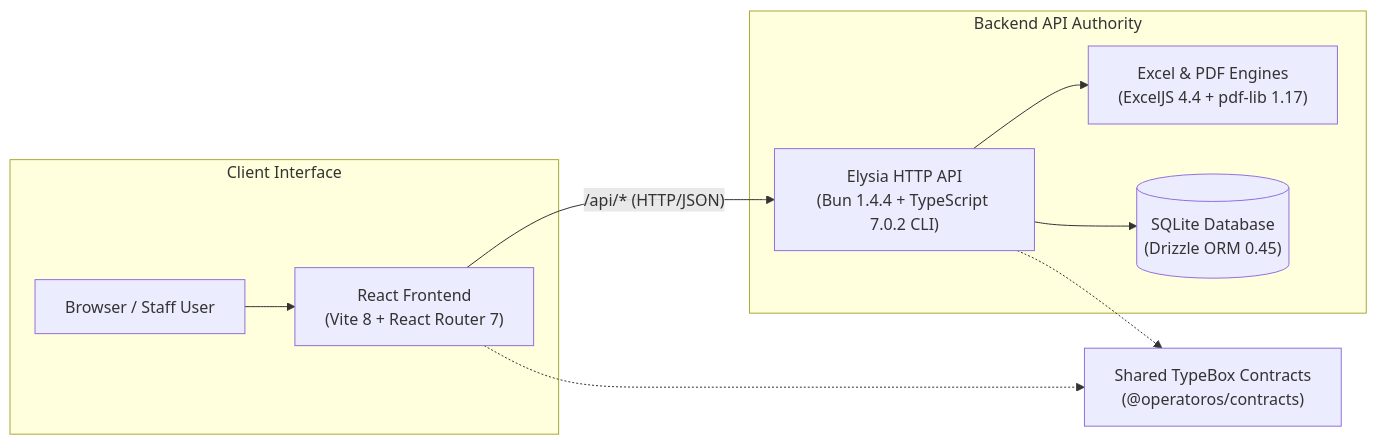
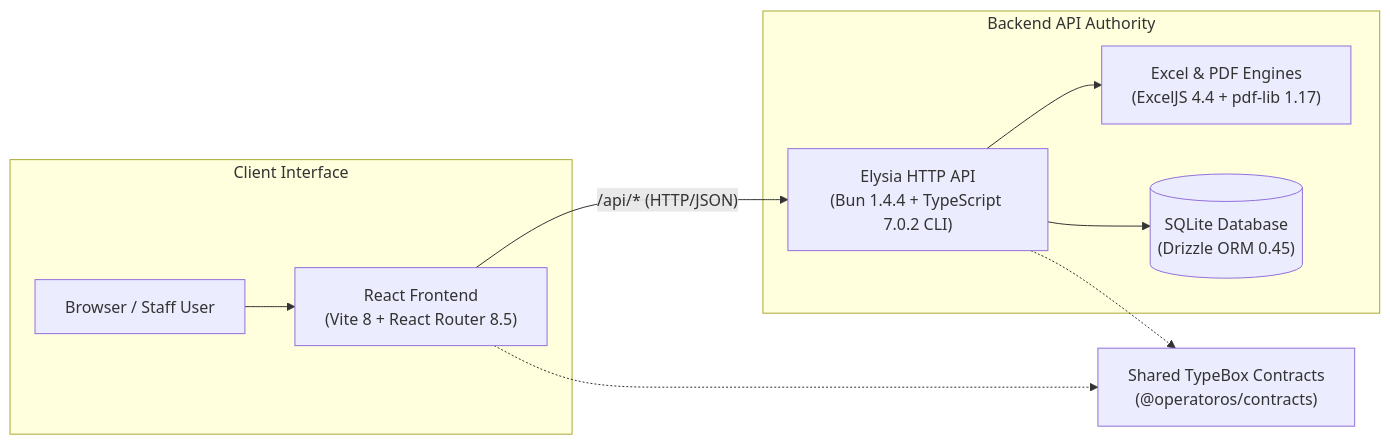
One commit to daoistmadness/operatoros changed the first of 3 diagrams in README.md. Above: the diagram before and after it, drawn with Mermaid. The commit also changed other lines of this file and 189 other files, not shown here.

````diff
--- a/README.md
+++ b/README.md
@@ -40,22 +40,22 @@
 ```mermaid
 flowchart LR
   subgraph Client ["Client Interface"]
     Browser["Browser / Staff User"]
-    FE["React Frontend<br/>(Vite 8 + React Router 7)"]
+    FE["React Frontend<br/>(Vite 8 + React Router 8.5)"]
   end
 
   subgraph Server ["Backend API Authority"]
     API["Elysia HTTP API<br/>(Bun 1.4.4 + TypeScript 7.0.2 CLI)"]
     Excel["Excel & PDF Engines<br/>(ExcelJS 4.4 + pdf-lib 1.17)"]
     DB[("SQLite Database<br/>(Drizzle ORM 0.45)")]
   end
 
   Contracts["Shared TypeBox Contracts<br/>(@operatoros/contracts)"]
 
   Browser --> FE
   FE -->|"/api/* (HTTP/JSON)"| API
   API --> DB
   API --> Excel
   FE -.-> Contracts
   API -.-> Contracts
 ```
````
